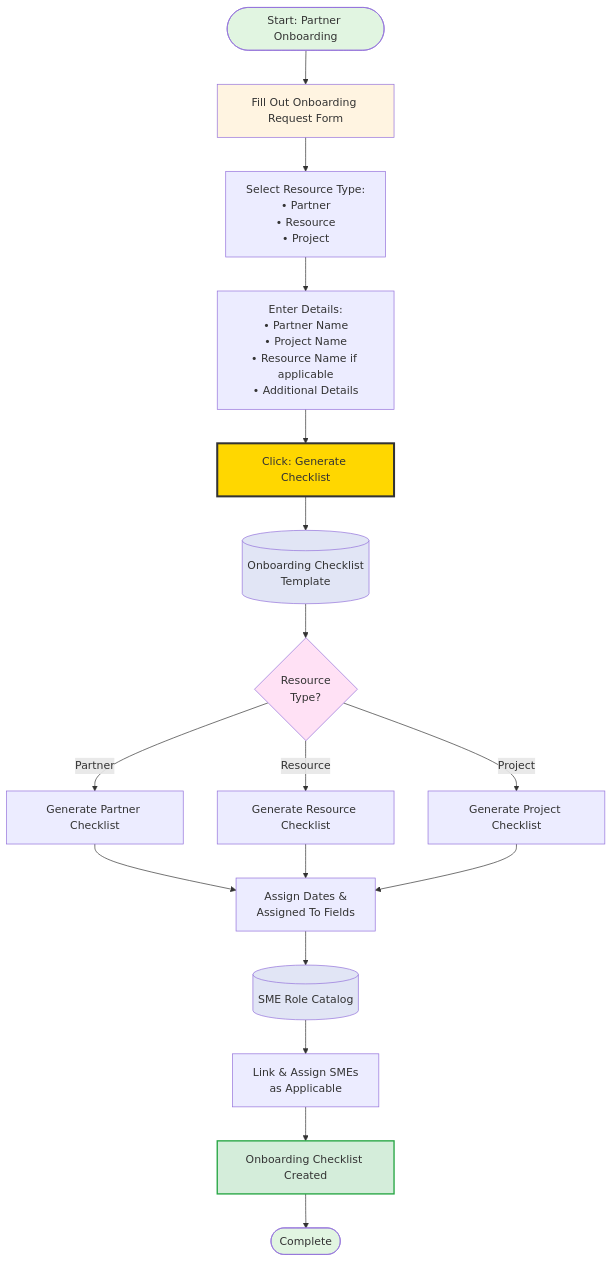
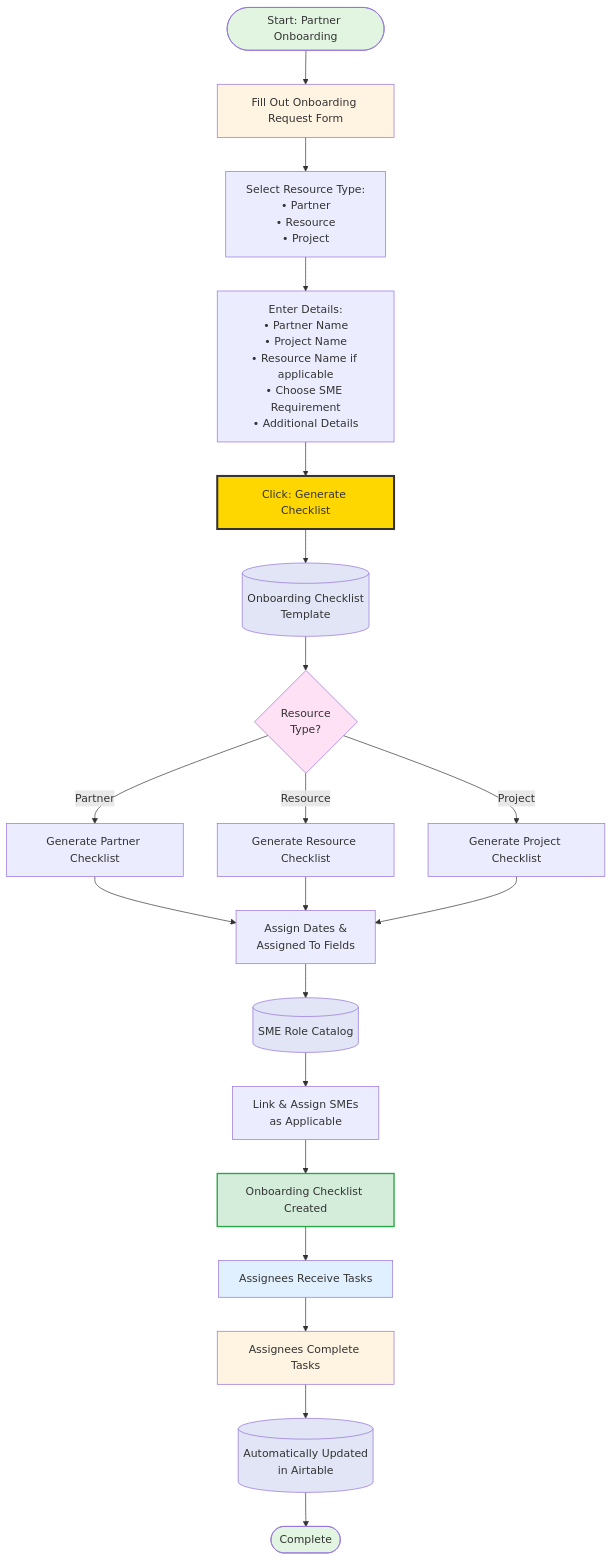
One commit to krisboardman/partner-onboarding-diagram changed the diagram in partner-onboarding-flow.md. Above: the diagram before and after it, drawn with Mermaid. The commit also changed other lines of this file, not shown here.

Commit message:
Add task assignment and completion tracking to partner onboarding flow
- Added 'Choose SME Requirement' to input details
- Added 'Assignees Receive Tasks' step after checklist creation
- Added 'Assignees Complete Tasks' workflow step
- Added automatic Airtable update upon task completion
- Updated documentation to reflect complete workflow

🤖 Generated with [Claude Code](https://claude.com/claude-code)

````diff
--- a/partner-onboarding-flow.md
+++ b/partner-onboarding-flow.md
@@ -3,35 +3,43 @@
 ```mermaid
 flowchart TD
     Start([Start: Partner Onboarding]) --> Form[Fill Out Onboarding Request Form]
 
     Form --> Input1[Select Resource Type:<br/>• Partner<br/>• Resource<br/>• Project]
-    Input1 --> Input2[Enter Details:<br/>• Partner Name<br/>• Project Name<br/>• Resource Name if applicable<br/>• Additional Details]
+    Input1 --> Input2[Enter Details:<br/>• Partner Name<br/>• Project Name<br/>• Resource Name if applicable<br/>• Choose SME Requirement<br/>• Additional Details]
 
     Input2 --> Generate[Click: Generate Checklist]
 
     Generate --> Template[(Onboarding Checklist<br/>Template)]
     Template --> Decision{Resource<br/>Type?}
 
     Decision -->|Partner| PartnerChecklist[Generate Partner Checklist]
     Decision -->|Resource| ResourceChecklist[Generate Resource Checklist]
     Decision -->|Project| ProjectChecklist[Generate Project Checklist]
 
     PartnerChecklist --> Assign[Assign Dates &<br/>Assigned To Fields]
     ResourceChecklist --> Assign
     ProjectChecklist --> Assign
 
     Assign --> SME[(SME Role Catalog)]
     SME --> LinkSME[Link & Assign SMEs<br/>as Applicable]
 
     LinkSME --> Final[Onboarding Checklist Created]
-    Final --> End([Complete])
+    Final --> Notify[Assignees Receive Tasks]
+
+    Notify --> Complete[Assignees Complete Tasks]
+    Complete --> Update[(Automatically Updated<br/>in Airtable)]
+
+    Update --> End([Complete])
 
     style Start fill:#e1f5e1
     style End fill:#e1f5e1
     style Form fill:#fff4e1
     style Generate fill:#ffd700,stroke:#333,stroke-width:3px
     style Template fill:#e1e5f5
     style SME fill:#e1e5f5
+    style Update fill:#e1e5f5
     style Decision fill:#ffe1f5
     style Final fill:#d4edda,stroke:#28a745,stroke-width:2px
+    style Notify fill:#e1f0ff
+    style Complete fill:#fff4e1
 ```
````
